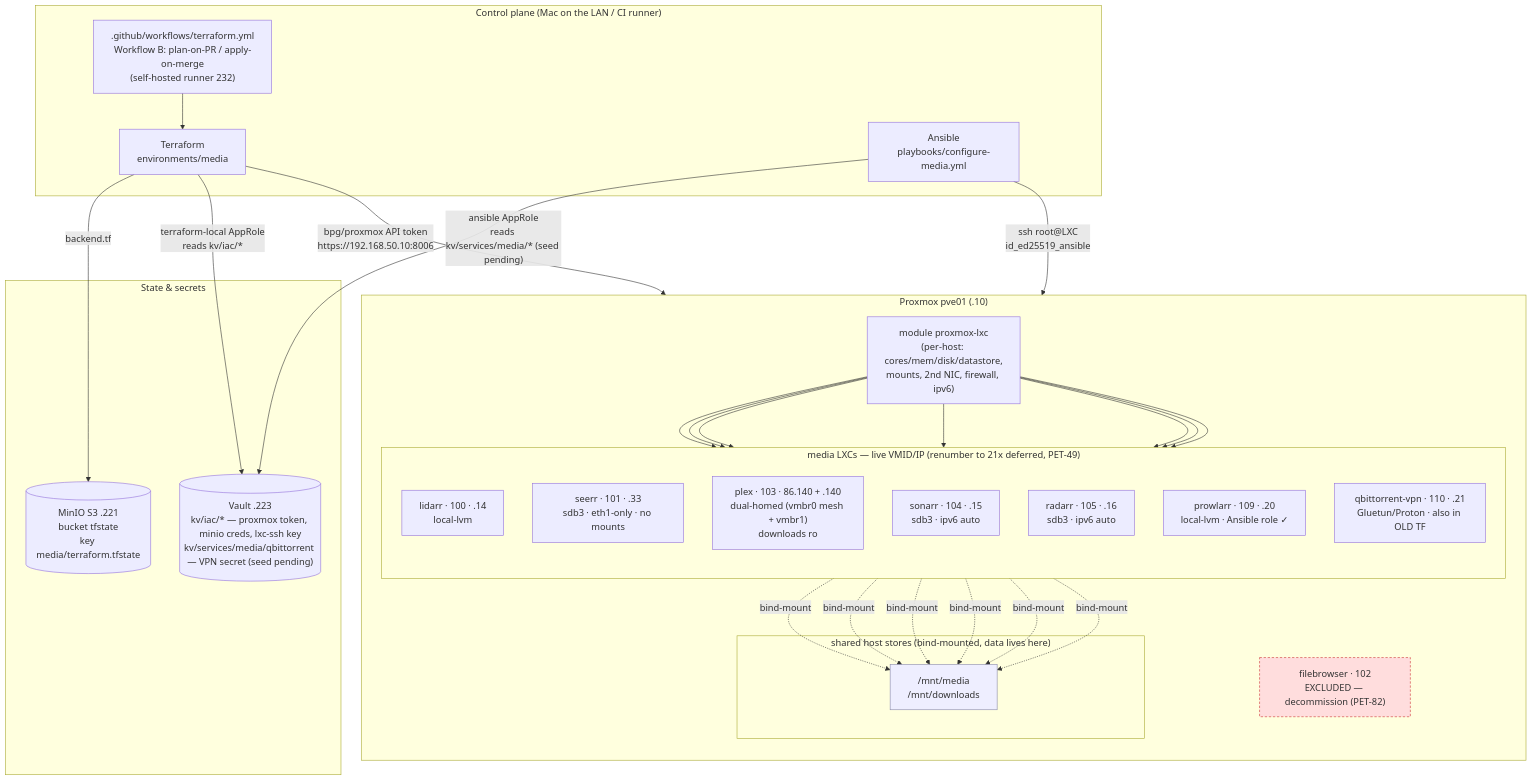
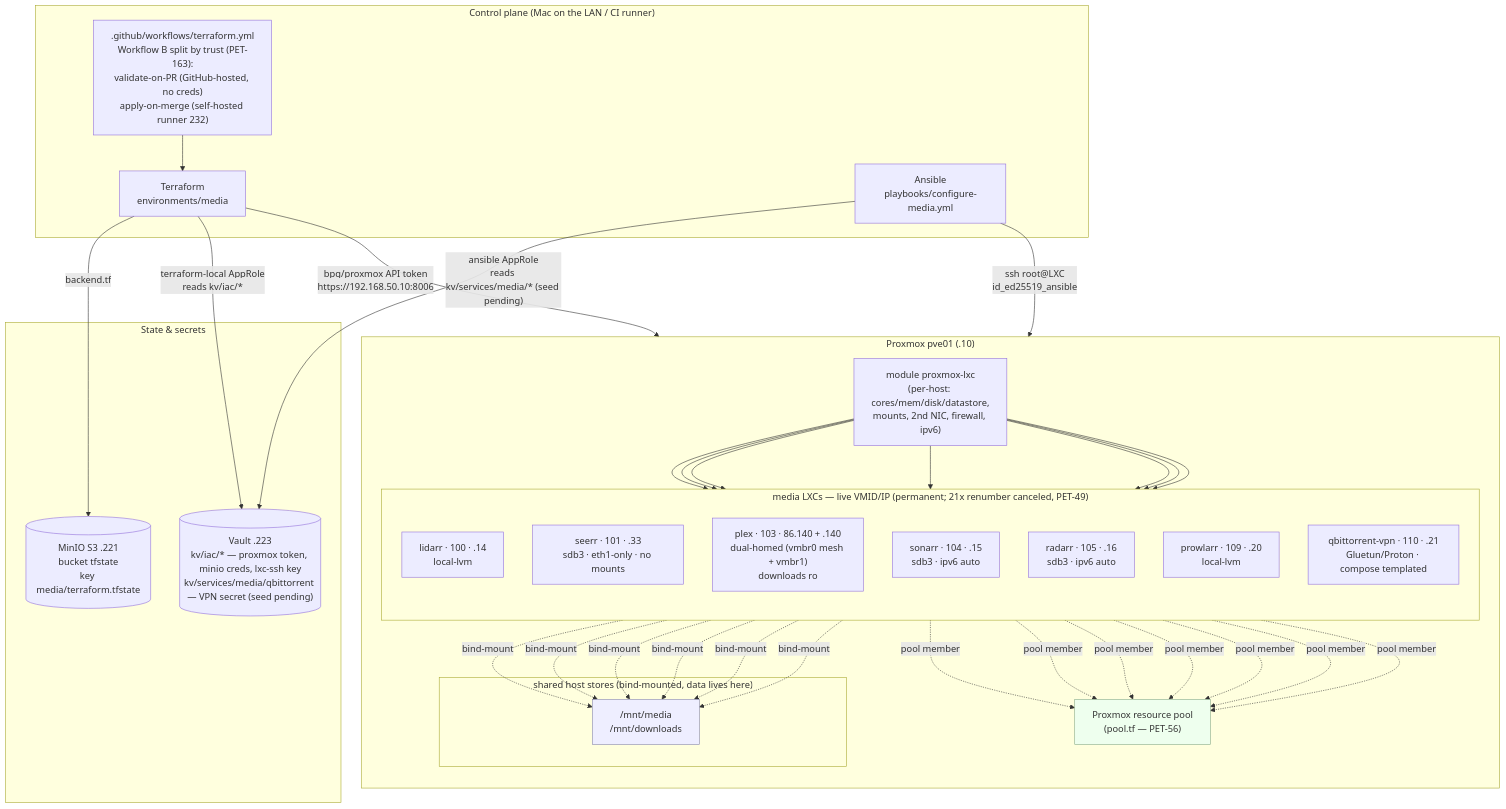
Before and after one commit to PeteDio-Labs/petedio-media-iac: the diagram in docs/ARCHITECTURE.md, drawn with Mermaid. The commit also changed other lines of this file and 6 other files, not shown here.

````diff
--- a/docs/ARCHITECTURE.md
+++ b/docs/ARCHITECTURE.md
@@ -8,51 +8,52 @@
 ```mermaid
 flowchart TB
     subgraph operator["Control plane (Mac on the LAN / CI runner)"]
         TF["Terraform<br/>environments/media"]
         ANS["Ansible<br/>playbooks/configure-media.yml"]
-        CI[".github/workflows/terraform.yml<br/>Workflow B: plan-on-PR / apply-on-merge<br/>(self-hosted runner 232)"]
+        CI[".github/workflows/terraform.yml<br/>Workflow B split by trust (PET-163):<br/>validate-on-PR (GitHub-hosted, no creds)<br/>apply-on-merge (self-hosted runner 232)"]
     end
 
     subgraph backing["State & secrets"]
         MINIO[("MinIO S3 .221<br/>bucket tfstate<br/>key media/terraform.tfstate")]
         VAULT[("Vault .223<br/>kv/iac/* — proxmox token, minio creds, lxc-ssh key<br/>kv/services/media/qbittorrent — VPN secret (seed pending)")]
     end
 
     TF -- "backend.tf" --> MINIO
     TF -- "terraform-local AppRole<br/>reads kv/iac/*" --> VAULT
     ANS -- "ansible AppRole<br/>reads kv/services/media/* (seed pending)" --> VAULT
     CI --> TF
 
     TF -- "bpg/proxmox API token<br/>https://192.168.50.10:8006" --> PVE
     ANS -- "ssh root@LXC<br/>id_ed25519_ansible" --> PVE
 
     subgraph PVE["Proxmox pve01 (.10)"]
         direction TB
         MOD["module proxmox-lxc<br/>(per-host: cores/mem/disk/datastore,<br/>mounts, 2nd NIC, firewall, ipv6)"]
 
-        subgraph media["media LXCs — live VMID/IP (renumber to 21x deferred, PET-49)"]
+        subgraph media["media LXCs — live VMID/IP (permanent; 21x renumber canceled, PET-49)"]
             direction TB
             LIDARR["lidarr · 100 · .14<br/>local-lvm"]
             SEERR["seerr · 101 · .33<br/>sdb3 · eth1-only · no mounts"]
             PLEX["plex · 103 · 86.140 + .140<br/>dual-homed (vmbr0 mesh + vmbr1)<br/>downloads ro"]
             SONARR["sonarr · 104 · .15<br/>sdb3 · ipv6 auto"]
             RADARR["radarr · 105 · .16<br/>sdb3 · ipv6 auto"]
-            PROWLARR["prowlarr · 109 · .20<br/>local-lvm · Ansible role ✓"]
-            QBIT["qbittorrent-vpn · 110 · .21<br/>Gluetun/Proton · also in OLD TF"]
+            PROWLARR["prowlarr · 109 · .20<br/>local-lvm"]
+            QBIT["qbittorrent-vpn · 110 · .21<br/>Gluetun/Proton · compose templated"]
         end
 
         subgraph stores["shared host stores (bind-mounted, data lives here)"]
             MNT["/mnt/media<br/>/mnt/downloads"]
         end
 
-        FB["filebrowser · 102<br/>EXCLUDED — decommission (PET-82)"]
+        POOL["Proxmox resource pool<br/>(pool.tf — PET-56)"]
     end
 
     MOD --> LIDARR & SEERR & PLEX & SONARR & RADARR & PROWLARR & QBIT
     LIDARR & PLEX & SONARR & RADARR & PROWLARR & QBIT -. "bind-mount" .-> MNT
+    LIDARR & SEERR & PLEX & SONARR & RADARR & PROWLARR & QBIT -. "pool member" .-> POOL
 
-    classDef excluded fill:#fdd,stroke:#c33,stroke-dasharray:4 3;
     classDef store fill:#eef,stroke:#88a;
-    class FB excluded;
+    classDef pool fill:#efe,stroke:#8a8;
     class MNT store;
+    class POOL pool;
 ```
````
